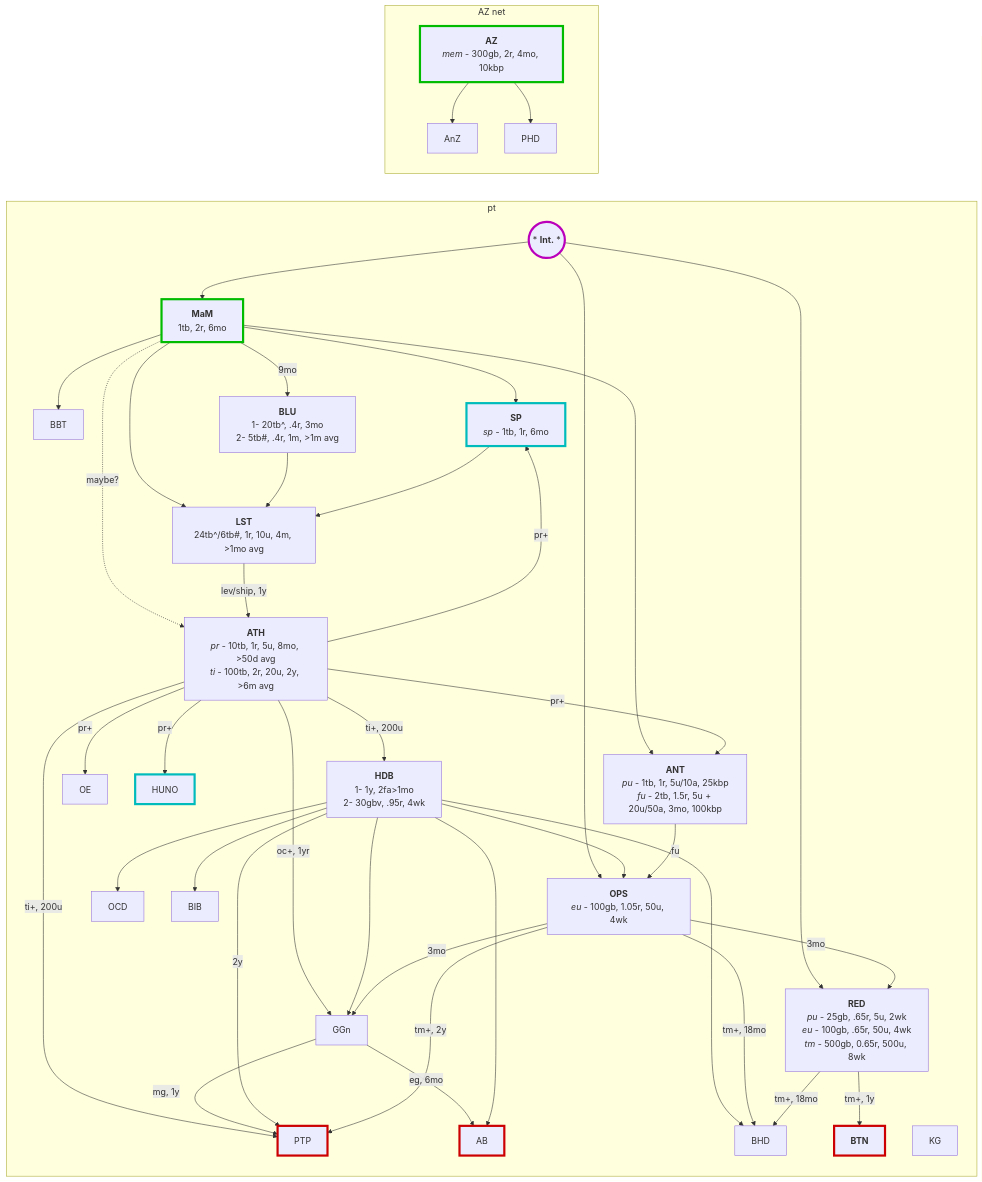
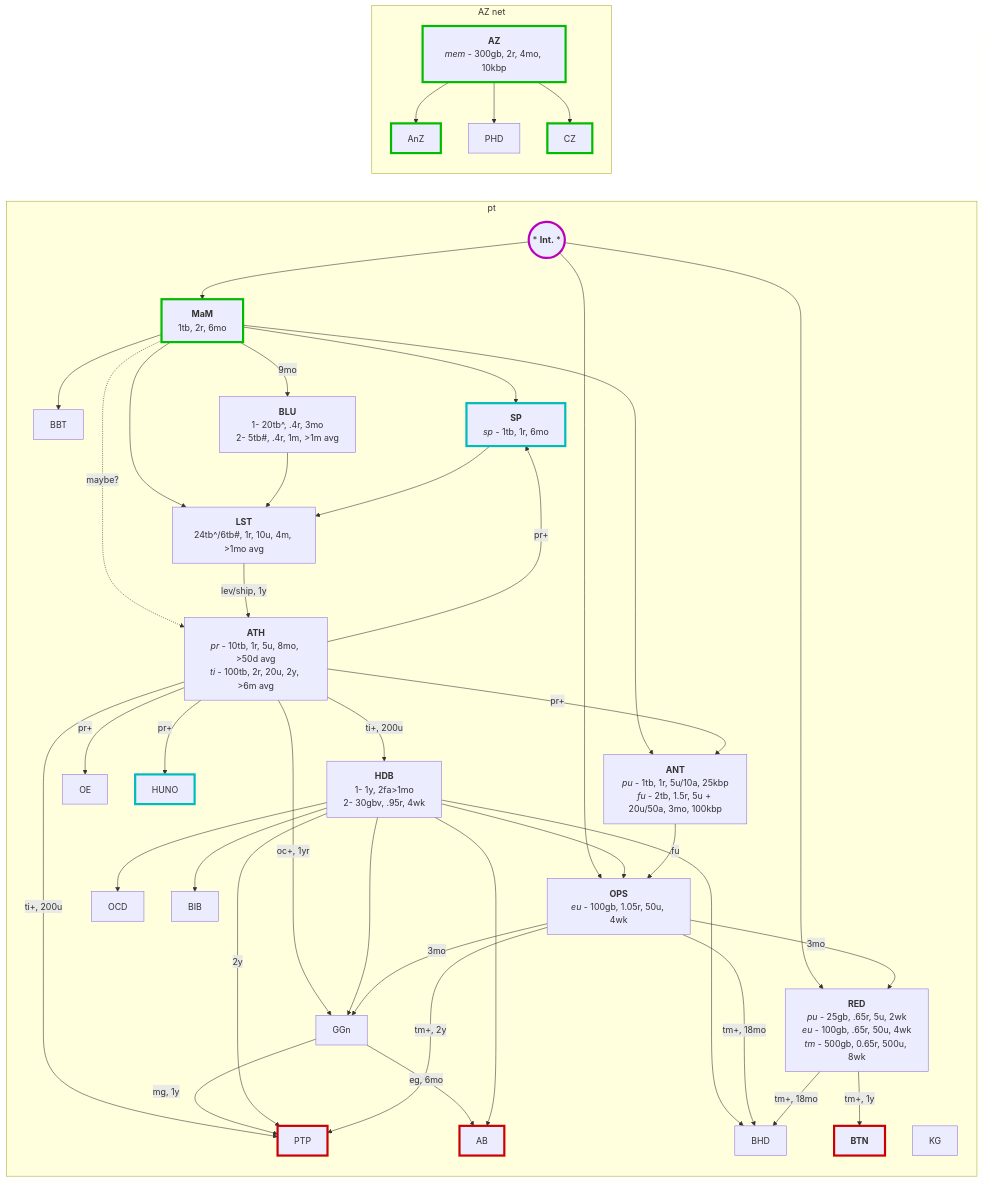
One commit to brandoncardoso/brandoncardoso.github.io changed the diagram in content/tech/selfhost.md. Above: the diagram before and after it, drawn with Mermaid. The commit also changed 1 other file, not shown here.

Commit message:
update notes

```diff
--- a/content/tech/selfhost.md
+++ b/content/tech/selfhost.md
@@ -110,14 +110,13 @@
 `"]
     AZ --> AnZ
     AZ --> PHD
-
+	AZ --> CZ
 end
-
 
 style Int stroke:#b0b,stroke-width:4px;
 
 classDef acq stroke:#0b0,stroke-width:4px;
-class MaM,AZ acq;
+class MaM,AZ,AnZ,CZ acq;
 
 classDef open stroke:#0bb,stroke-width:4px;
 class SP,HUNO open;
```
